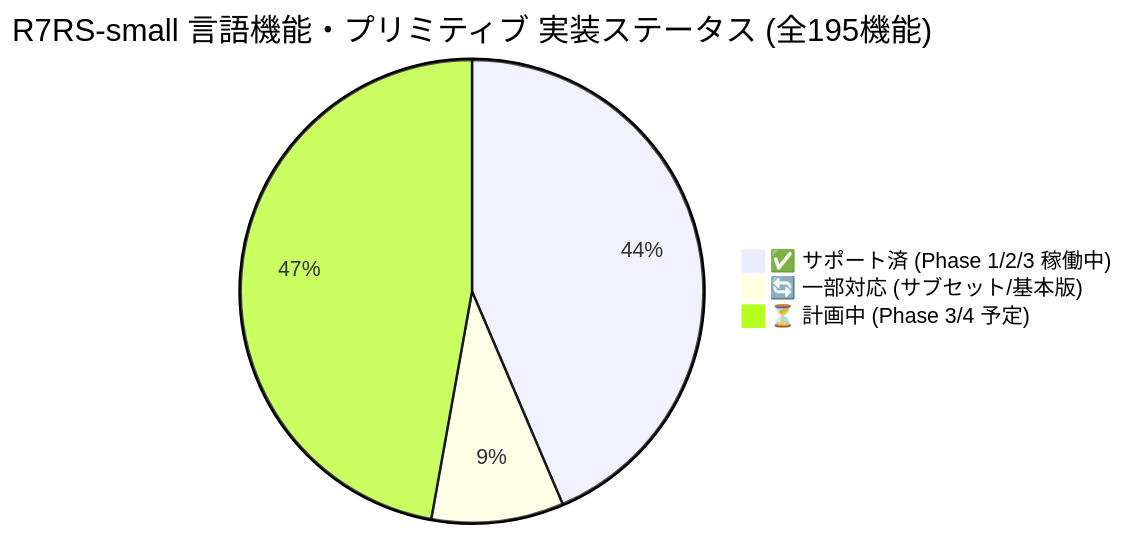
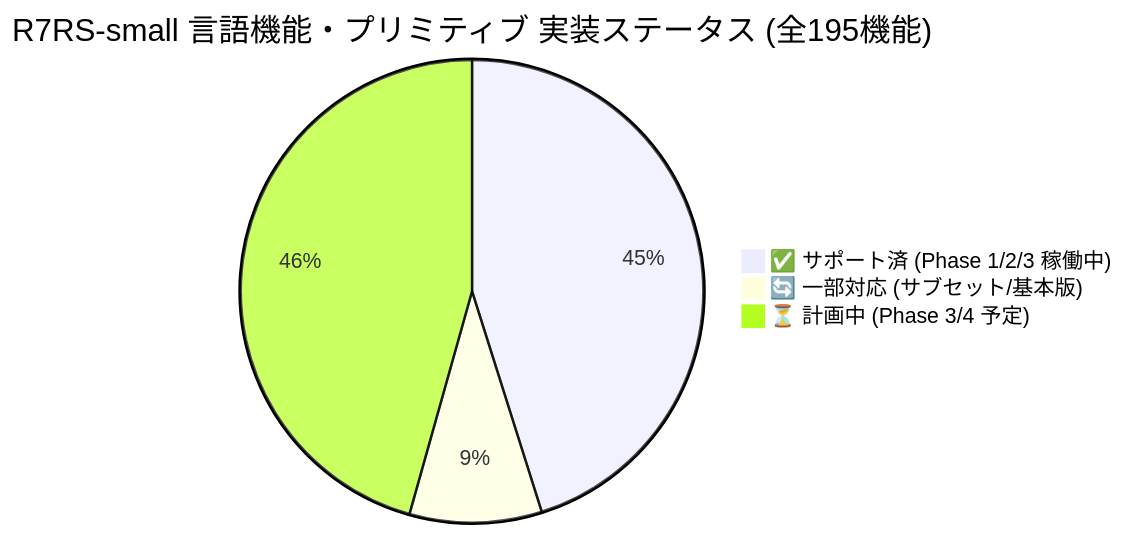
Before and after one commit to rokujyouhitoma/arxiv-security-papers: the first of 3 diagrams in ilisp/docs/SPEC_R7RS.md, drawn with Mermaid. The commit also changed other lines of this file and 4 other files, not shown here.

````diff
--- a/ilisp/docs/SPEC_R7RS.md
+++ b/ilisp/docs/SPEC_R7RS.md
@@ -17,6 +17,6 @@
 ```mermaid
 pie title R7RS-small 言語機能・プリミティブ 実装ステータス (全195機能)
-    "✅ サポート済 (Phase 1/2/3 稼働中)" : 85
+    "✅ サポート済 (Phase 1/2/3 稼働中)" : 88
     "🔄 一部対応 (サブセット/基本版)" : 18
-    "⏳ 計画中 (Phase 3/4 予定)" : 92
+    "⏳ 計画中 (Phase 3/4 予定)" : 89
 ```
````
